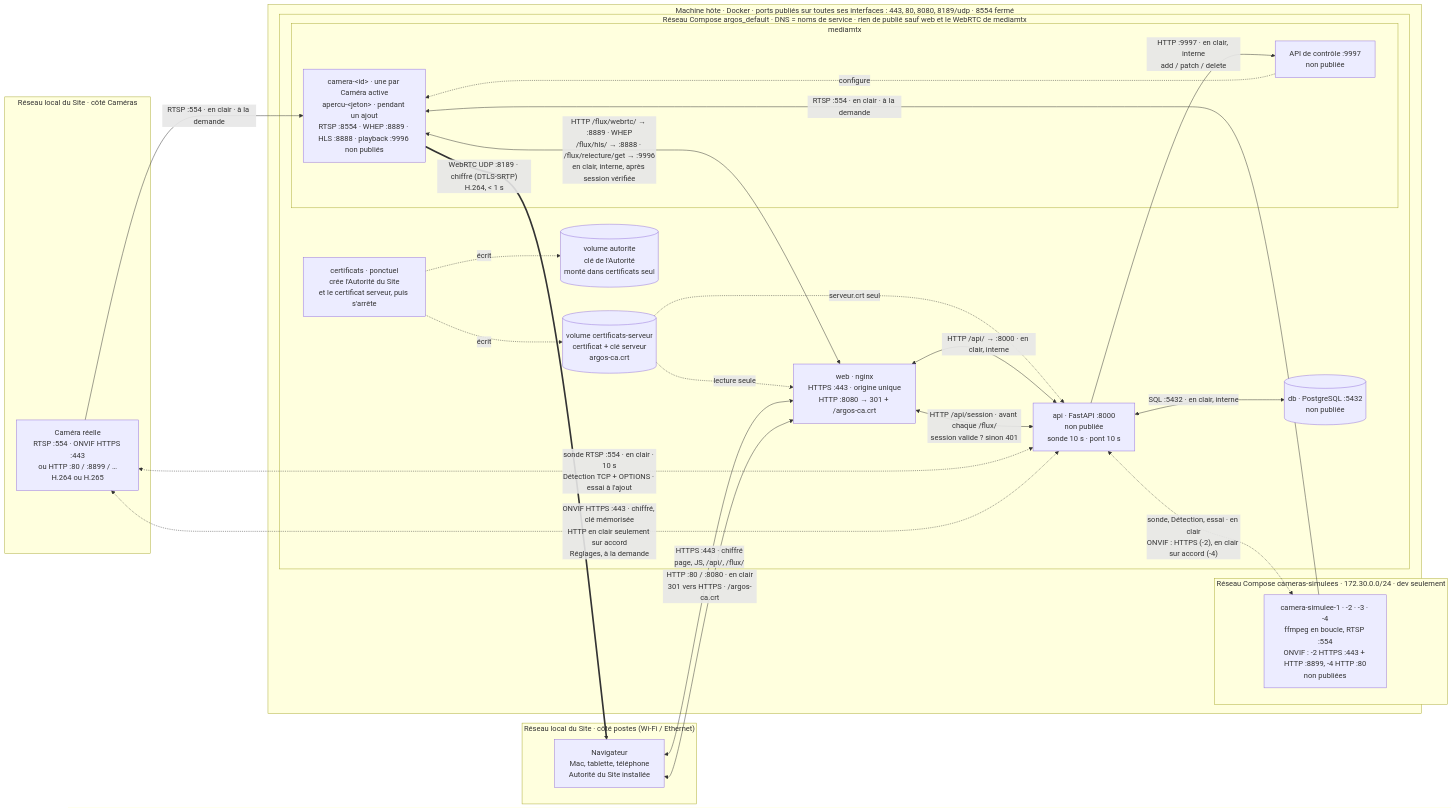
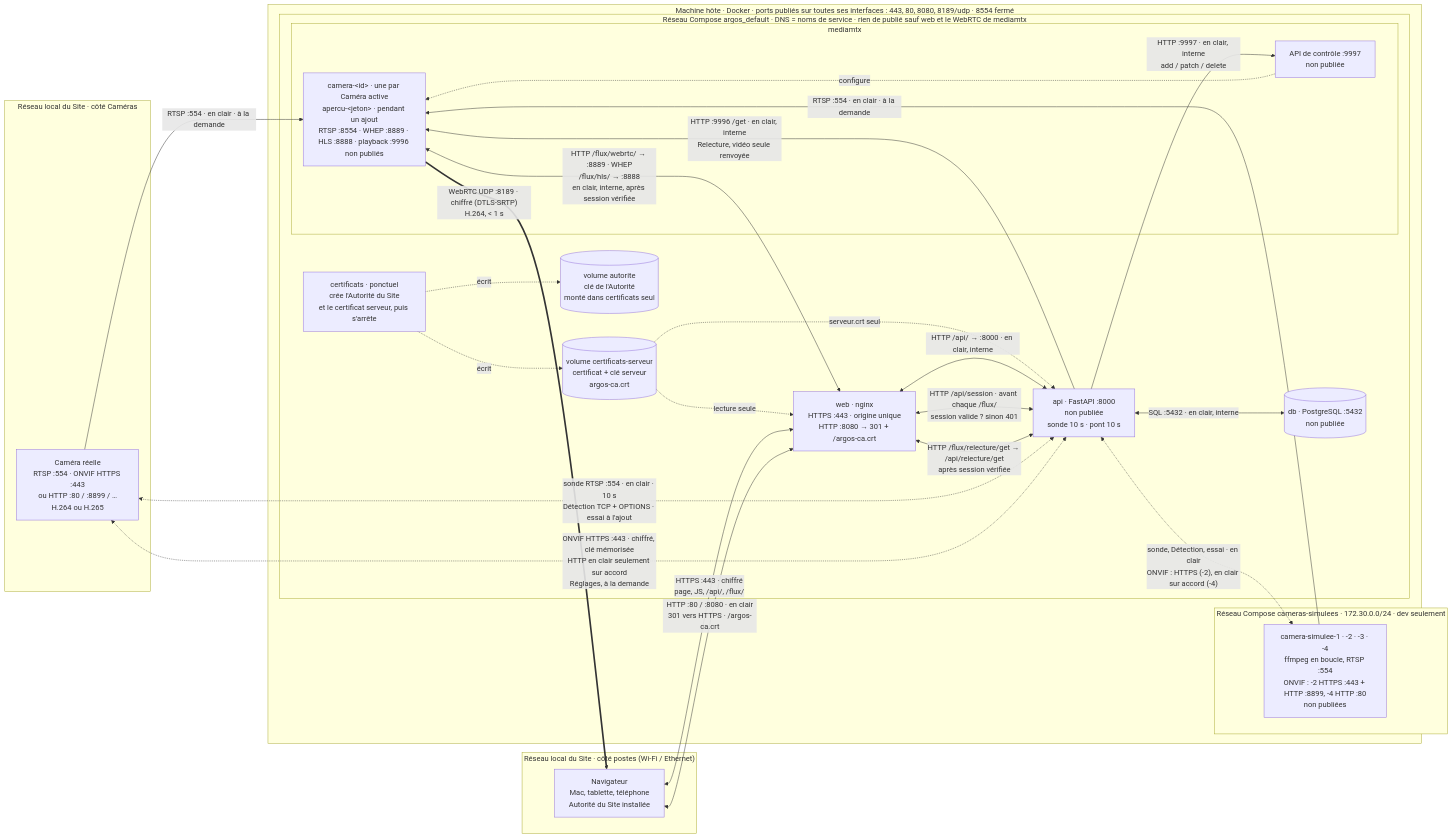
The diagram in docs/features/reseau/schema-flux.md (UlyssouLV/ArgOS), drawn with Mermaid before and after one commit. The commit also changed other lines of this file and 101 other files, not shown here.

````diff
--- a/docs/features/reseau/schema-flux.md
+++ b/docs/features/reseau/schema-flux.md
@@ -17,50 +17,52 @@
 ```mermaid
 flowchart LR
     subgraph LANC["Réseau local du Site · côté Caméras"]
         CAMR["Caméra réelle<br/>RTSP :554 · ONVIF HTTPS :443<br/>ou HTTP :80 / :8899 / …<br/>H.264 ou H.265"]
     end
 
     subgraph HOTE["Machine hôte · Docker · ports publiés sur toutes ses interfaces : 443, 80, 8080, 8189/udp · 8554 fermé"]
         subgraph SIMU["Réseau Compose cameras-simulees · 172.30.0.0/24 · dev seulement"]
             SIM["camera-simulee-1 · -2 · -3 · -4<br/>ffmpeg en boucle, RTSP :554<br/>ONVIF : -2 HTTPS :443 + HTTP :8899, -4 HTTP :80<br/>non publiées"]
         end
         subgraph COMPOSE["Réseau Compose argos_default · DNS = noms de service · rien de publié sauf web et le WebRTC de mediamtx"]
             CERT["certificats · ponctuel<br/>crée l'Autorité du Site<br/>et le certificat serveur, puis s'arrête"]
             VAUT[("volume autorite<br/>clé de l'Autorité<br/>monté dans certificats seul")]
             VSRV[("volume certificats-serveur<br/>certificat + clé serveur<br/>argos-ca.crt")]
             WEB["web · nginx<br/>HTTPS :443 · origine unique<br/>HTTP :8080 → 301 + /argos-ca.crt"]
             API["api · FastAPI :8000<br/>non publiée<br/>sonde 10 s · pont 10 s"]
             subgraph MTX["mediamtx"]
                 PONT["camera-&lt;id&gt; · une par Caméra active<br/>apercu-&lt;jeton&gt; · pendant un ajout<br/>RTSP :8554 · WHEP :8889 · HLS :8888 · playback :9996 non publiés"]
                 CTRL["API de contrôle :9997<br/>non publiée"]
             end
             DB[("db · PostgreSQL :5432<br/>non publiée")]
         end
     end
 
     subgraph LANP["Réseau local du Site · côté postes (Wi-Fi / Ethernet)"]
         NAV["Navigateur<br/>Mac, tablette, téléphone<br/>Autorité du Site installée"]
     end
 
     CERT -. "écrit" .-> VAUT
     CERT -. "écrit" .-> VSRV
     VSRV -. "lecture seule" .-> WEB
     VSRV -. "serveur.crt seul" .-> API
 
     NAV <-- "HTTPS :443 · chiffré<br/>page, JS, /api/, /flux/" --> WEB
     NAV <-- "HTTP :80 / :8080 · en clair<br/>301 vers HTTPS · /argos-ca.crt" --> WEB
     WEB <-- "HTTP /api/ → :8000 · en clair, interne" --> API
     WEB <-- "HTTP /api/session · avant chaque /flux/<br/>session valide ? sinon 401" --> API
-    WEB <-- "HTTP /flux/webrtc/ → :8889 · WHEP<br/>/flux/hls/ → :8888 · /flux/relecture/get → :9996<br/>en clair, interne, après session vérifiée" --> PONT
+    WEB <-- "HTTP /flux/relecture/get → /api/relecture/get<br/>après session vérifiée" --> API
+    WEB <-- "HTTP /flux/webrtc/ → :8889 · WHEP<br/>/flux/hls/ → :8888<br/>en clair, interne, après session vérifiée" --> PONT
     PONT == "WebRTC UDP :8189 · chiffré (DTLS-SRTP)<br/>H.264, < 1 s" ==> NAV
 
     CAMR -- "RTSP :554 · en clair · à la demande" --> PONT
     SIM -- "RTSP :554 · en clair · à la demande" --> PONT
 
     API -- "HTTP :9997 · en clair, interne<br/>add / patch / delete" --> CTRL
+    API -- "HTTP :9996 /get · en clair, interne<br/>Relecture, vidéo seule renvoyée" --> PONT
     CTRL -. configure .-> PONT
     API <-- "SQL :5432 · en clair, interne" --> DB
     API <-. "sonde RTSP :554 · en clair · 10 s<br/>Détection TCP + OPTIONS · essai à l'ajout" .-> CAMR
     API <-. "ONVIF HTTPS :443 · chiffré, clé mémorisée<br/>HTTP en clair seulement sur accord<br/>Réglages, à la demande" .-> CAMR
     API <-. "sonde, Détection, essai · en clair<br/>ONVIF : HTTPS (-2), en clair sur accord (-4)" .-> SIM
 ```
````
